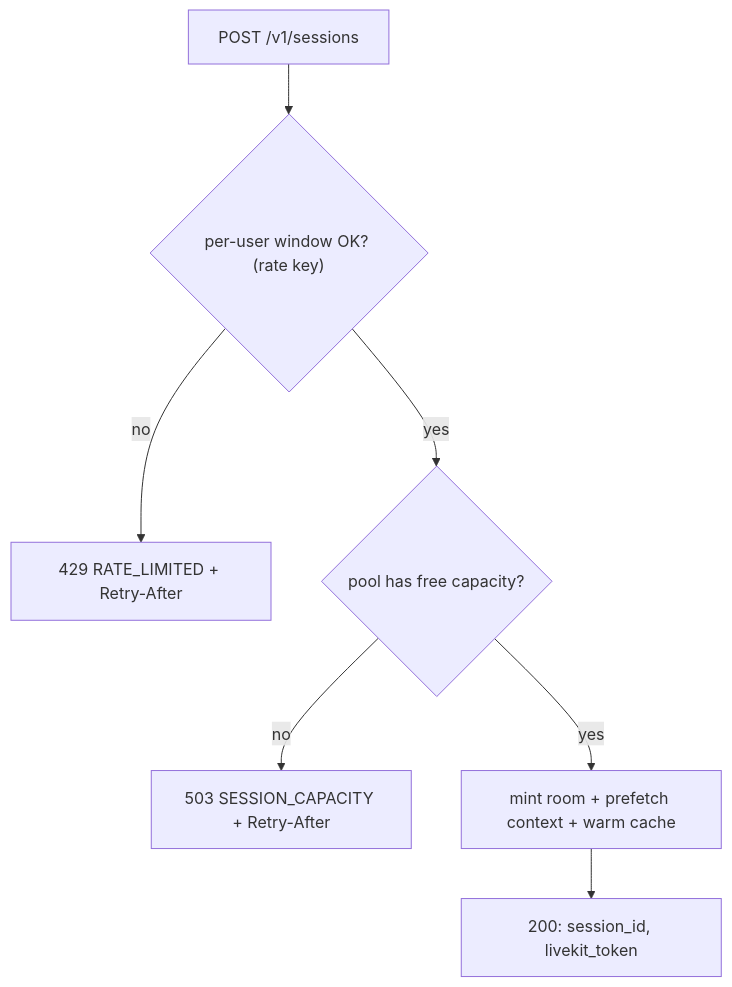
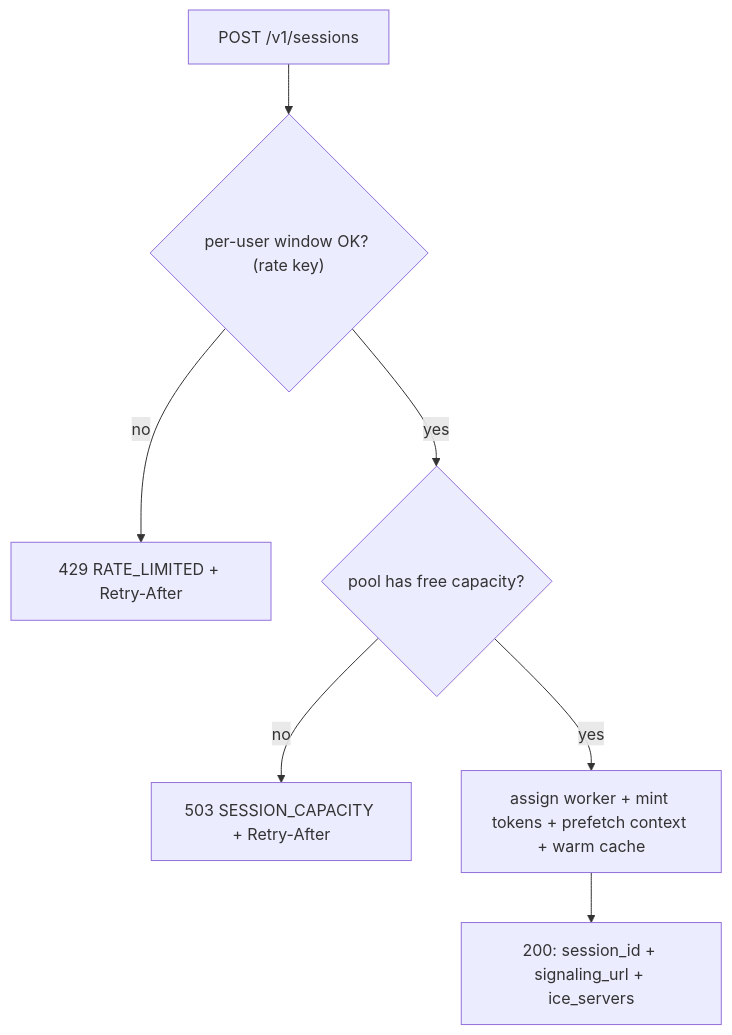
One commit to bibekanandan892/vyaparpay-voice-agent changed the third of 3 diagrams in docs/15-scalability-and-reliability.md. Above: the diagram before and after it, drawn with Mermaid. The commit also changed other lines of this file and 22 other files, not shown here.

````diff
--- a/docs/15-scalability-and-reliability.md
+++ b/docs/15-scalability-and-reliability.md
@@ -241,9 +246,9 @@
 ```mermaid
 flowchart TB
     REQ["POST /v1/sessions"] --> RL{"per-user window OK? (rate key)"}
     RL -- "no" --> R429["429 RATE_LIMITED + Retry-After"]
     RL -- "yes" --> CAP{"pool has free capacity?"}
     CAP -- "no" --> R503["503 SESSION_CAPACITY + Retry-After"]
-    CAP -- "yes" --> MINT["mint room + prefetch context + warm cache"]
-    MINT --> OK["200: session_id, livekit_token"]
+    CAP -- "yes" --> MINT["assign worker + mint tokens + prefetch context + warm cache"]
+    MINT --> OK["200: session_id + signaling_url + ice_servers"]
 ```
````
